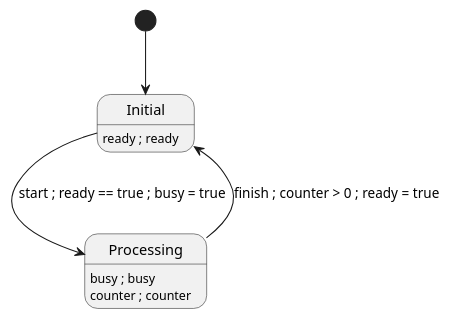
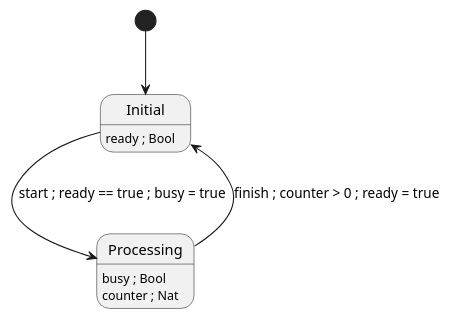
One commit to Kuniwak/puml-parallel changed the diagram in examples/valid/test_multiline.puml. Above: the diagram before and after it, drawn with PlantUML. The commit also changed 6 other files, not shown here.

```diff
--- a/examples/valid/test_multiline.puml
+++ b/examples/valid/test_multiline.puml
@@ -1,19 +1,19 @@
 @startuml
 
 
 state "Initial" as s0
 
-s0 : ready ; ready
+s0 : ready ; Bool
 
 
 state "Processing" as s1
-s1 : busy ; busy
-s1 : counter ; counter
+s1 : busy ; Bool
+s1 : counter ; Nat
 
 [*] --> s0
 
 s0 --> s1 : start ; ready == true ; busy = true
 
 s1 --> s0 : finish ; counter > 0 ; ready = true
 
 @enduml
```
